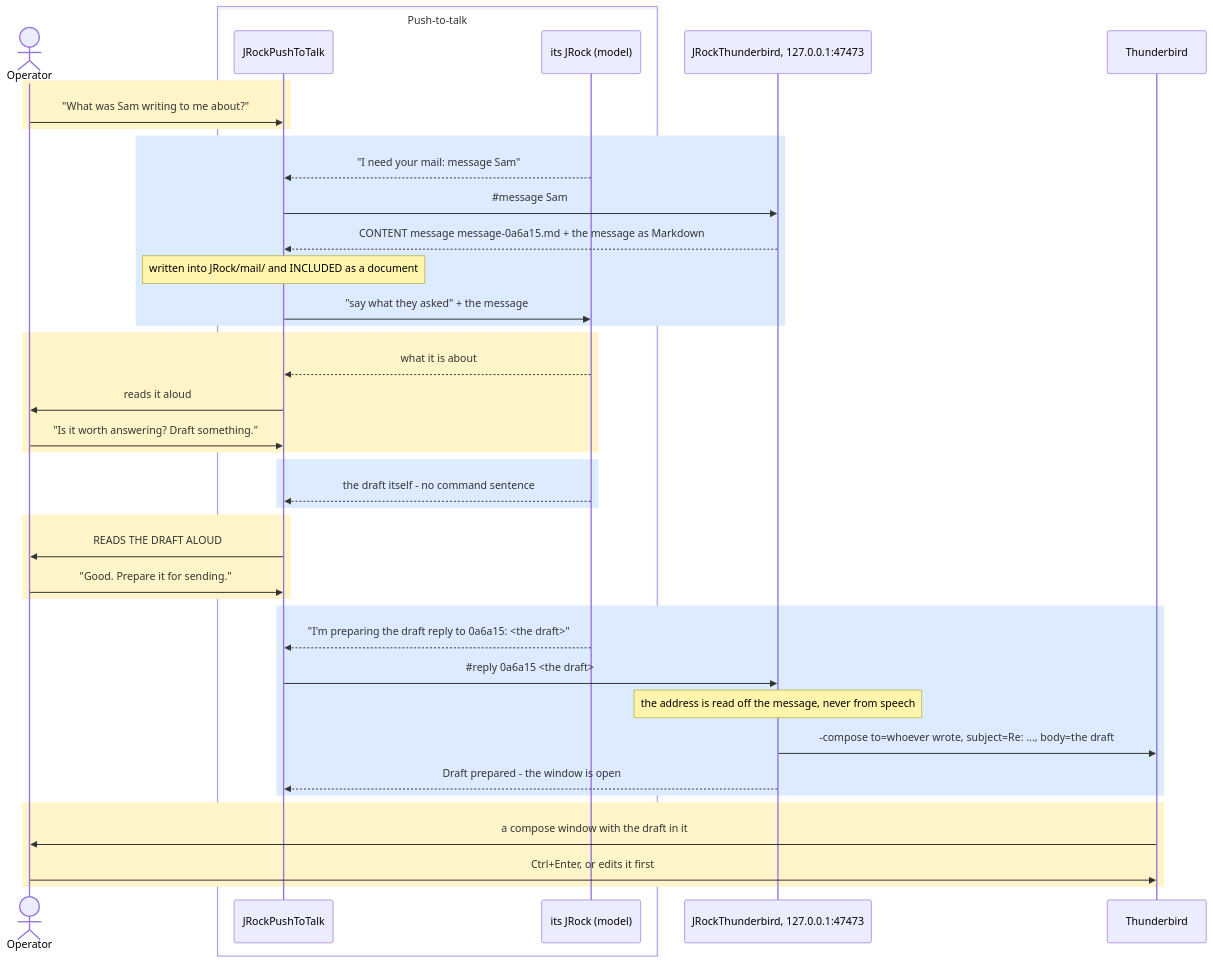
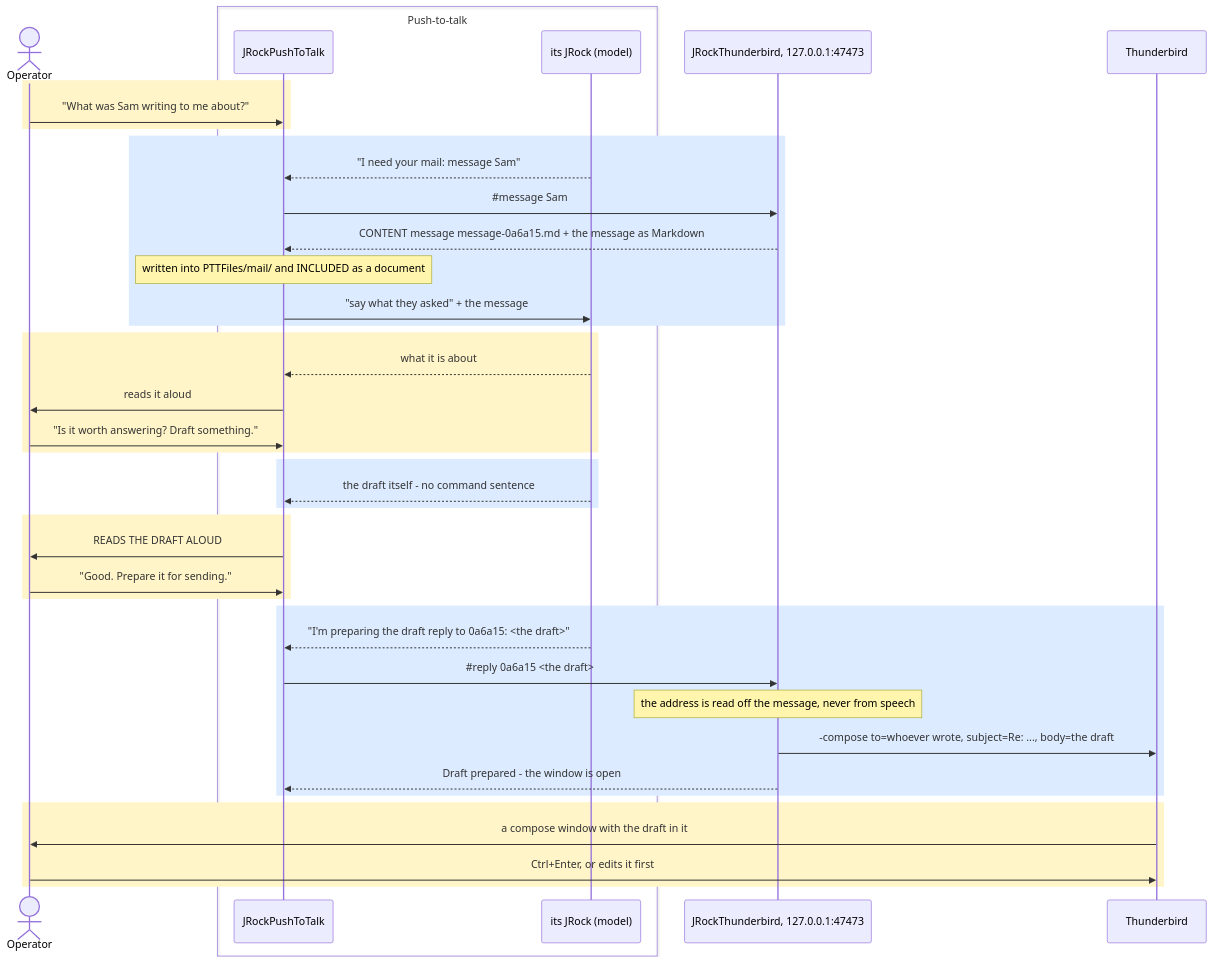
One commit to ivan-khvostishkov/jrock changed the first of 5 diagrams in README.md. Above: the diagram before and after it, drawn with Mermaid. The commit also changed other lines of this file and 1 other file, not shown here.

First line of the commit message:
Push-to-talk writes into PTTFiles, so one folder can be synchronised

````diff
--- a/README.md
+++ b/README.md
@@ -2299,44 +2306,44 @@
 ```mermaid
 sequenceDiagram
     actor Op as Operator
     box Push-to-talk
         participant PTT as JRockPushToTalk
         participant PM as its JRock (model)
     end
     participant TB as JRockThunderbird, 127.0.0.1:47473
     participant Th as Thunderbird
 
     rect rgb(255, 245, 200)
         Op->>PTT: "What was Sam writing to me about?"
     end
     rect rgb(220, 235, 255)
         PM-->>PTT: "I need your mail: message Sam"
         PTT->>TB: #35;message Sam
         TB-->>PTT: CONTENT message message-0a6a15.md + the message as Markdown
-        Note over PTT: written into JRock/mail/ and INCLUDED as a document
+        Note over PTT: written into PTTFiles/mail/ and INCLUDED as a document
         PTT->>PM: "say what they asked" + the message
     end
     rect rgb(255, 245, 200)
         PM-->>PTT: what it is about
         PTT->>Op: reads it aloud
         Op->>PTT: "Is it worth answering? Draft something."
     end
     rect rgb(220, 235, 255)
         PM-->>PTT: the draft itself - no command sentence
     end
     rect rgb(255, 245, 200)
         PTT->>Op: READS THE DRAFT ALOUD
         Op->>PTT: "Good. Prepare it for sending."
     end
     rect rgb(220, 235, 255)
         PM-->>PTT: "I'm preparing the draft reply to 0a6a15: <the draft>"
         PTT->>TB: #35;reply 0a6a15 <the draft>
         Note over TB: the address is read off the message, never from speech
         TB->>Th: #45;compose to=whoever wrote, subject=Re: ..., body=the draft
         TB-->>PTT: Draft prepared - the window is open
     end
     rect rgb(255, 245, 200)
         Th->>Op: a compose window with the draft in it
         Op->>Th: Ctrl+Enter, or edits it first
     end
 ```
````
